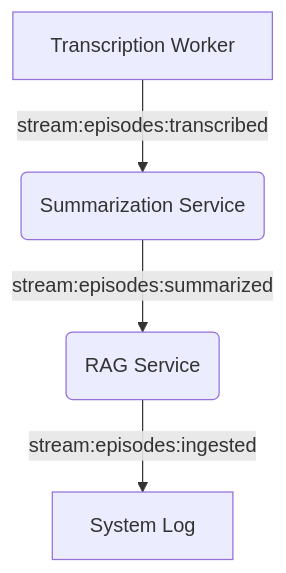
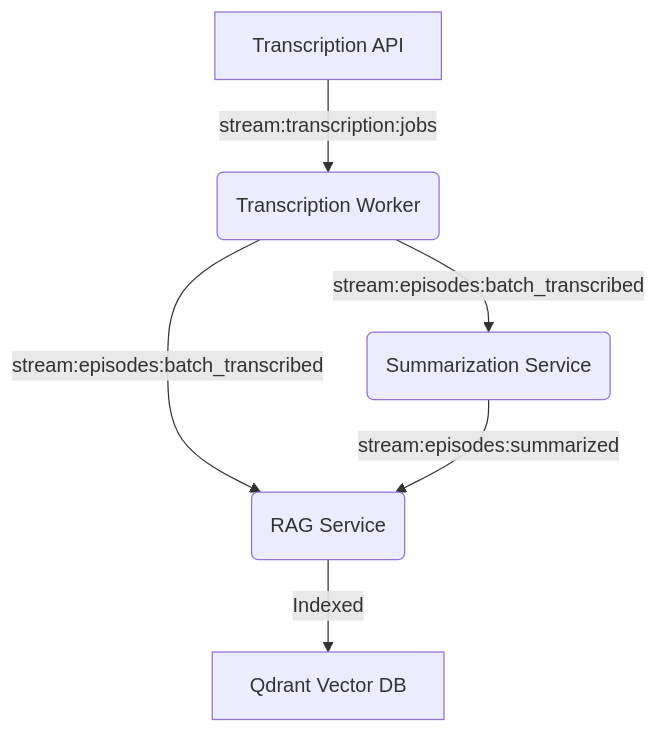
One commit to dylangamachefl/pod-scribe changed the diagram in docs/architecture/event_bus.md. Above: the diagram before and after it, drawn with Mermaid. The commit also changed other lines of this file and 5 other files, not shown here.

First line of the commit message:
docs: update documentation to reflect event-driven architecture and modern features

````diff
--- a/docs/architecture/event_bus.md
+++ b/docs/architecture/event_bus.md
@@ -34,6 +34,8 @@
 ```mermaid
 graph TD
-    A[Transcription Worker] -- stream:episodes:transcribed --> B(Summarization Service)
-    B -- stream:episodes:summarized --> C(RAG Service)
-    C -- stream:episodes:ingested --> D[System Log]
+    A[Transcription API] -- stream:transcription:jobs --> B(Transcription Worker)
+    B -- stream:episodes:batch_transcribed --> C(Summarization Service)
+    B -- stream:episodes:batch_transcribed --> D(RAG Service)
+    C -- stream:episodes:summarized --> D
+    D -- Indexed --> E[Qdrant Vector DB]
 ```
````
